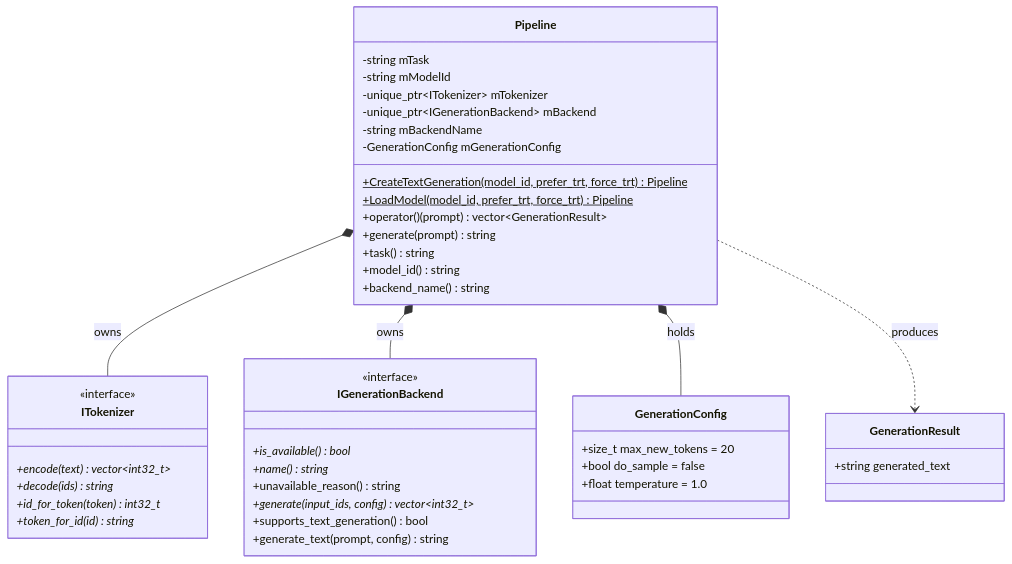
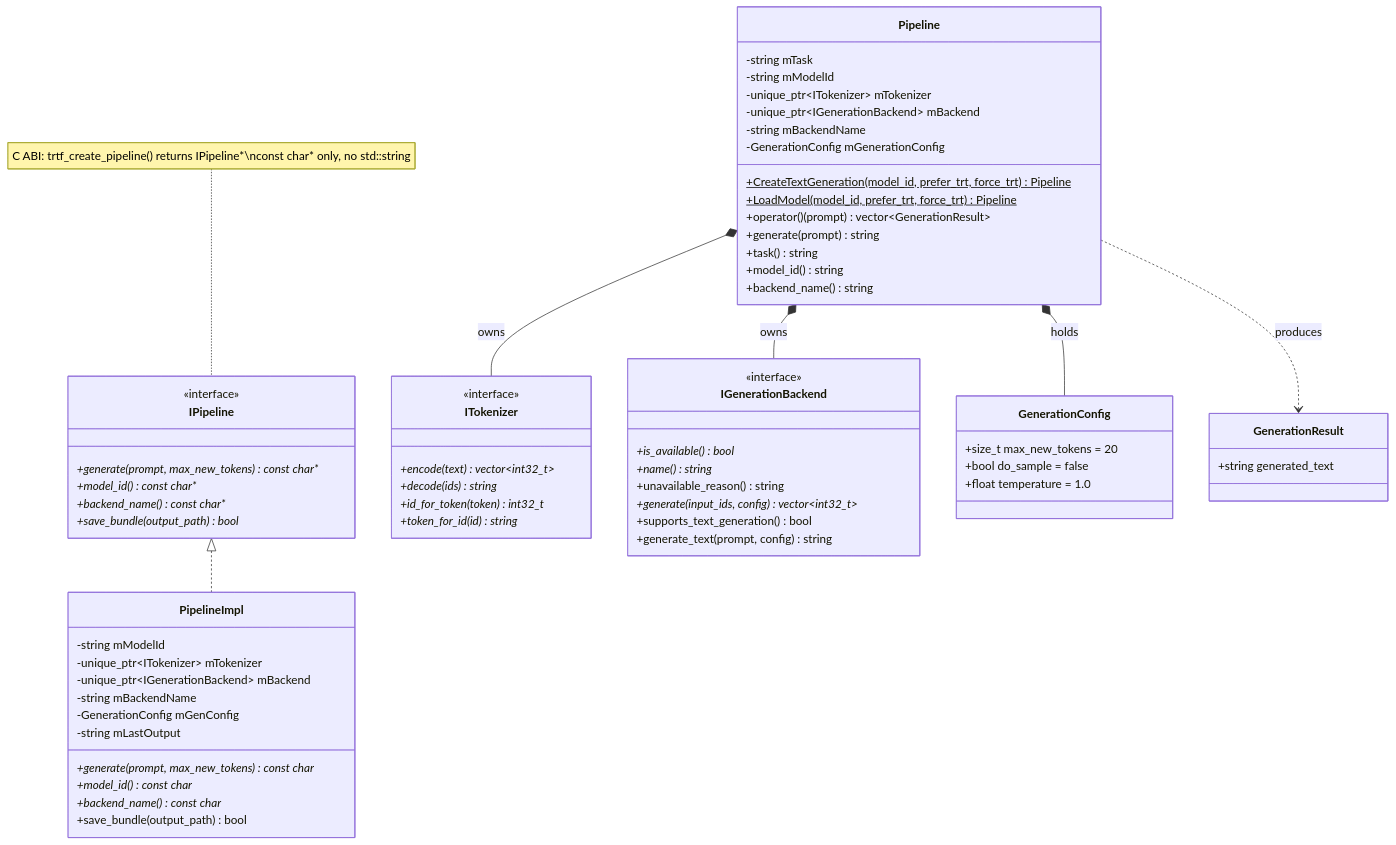
One commit to AbishekCoder1/TensorRT-Model-Connect changed the first of 8 diagrams in docs/wiki/Static-Design.md. Above: the diagram before and after it, drawn with Mermaid. The commit also changed other lines of this file and 48 other files, not shown here.

````diff
--- a/docs/wiki/Static-Design.md
+++ b/docs/wiki/Static-Design.md
@@ -23,51 +23,76 @@
 ```mermaid
 classDiagram
+    class IPipeline {
+        <<interface>>
+        +generate(prompt, max_new_tokens)* const char*
+        +model_id()* const char*
+        +backend_name()* const char*
+        +save_bundle(output_path)* bool
+    }
+
+    class PipelineImpl {
+        -string mModelId
+        -unique_ptr~ITokenizer~ mTokenizer
+        -unique_ptr~IGenerationBackend~ mBackend
+        -string mBackendName
+        -GenerationConfig mGenConfig
+        -string mLastOutput
+        +generate(prompt, max_new_tokens) const char*
+        +model_id() const char*
+        +backend_name() const char*
+        +save_bundle(output_path) bool
+    }
+
     class Pipeline {
         -string mTask
         -string mModelId
         -unique_ptr~ITokenizer~ mTokenizer
         -unique_ptr~IGenerationBackend~ mBackend
         -string mBackendName
         -GenerationConfig mGenerationConfig
         +CreateTextGeneration(model_id, prefer_trt, force_trt)$ Pipeline
         +LoadModel(model_id, prefer_trt, force_trt)$ Pipeline
         +operator()(prompt) vector~GenerationResult~
         +generate(prompt) string
         +task() string
         +model_id() string
         +backend_name() string
     }
+
+    IPipeline <|.. PipelineImpl
+
+    note for IPipeline "C ABI: trtf_create_pipeline() returns IPipeline*\nconst char* only, no std::string"
 
     class ITokenizer {
         <<interface>>
         +encode(text)* vector~int32_t~
         +decode(ids)* string
         +id_for_token(token)* int32_t
         +token_for_id(id)* string
     }
 
     class IGenerationBackend {
         <<interface>>
         +is_available()* bool
         +name()* string
         +unavailable_reason() string
         +generate(input_ids, config)* vector~int32_t~
         +supports_text_generation() bool
         +generate_text(prompt, config) string
     }
 
     class GenerationConfig {
         +size_t max_new_tokens = 20
         +bool do_sample = false
         +float temperature = 1.0
     }
 
     class GenerationResult {
         +string generated_text
     }
 
     Pipeline *-- ITokenizer : owns
     Pipeline *-- IGenerationBackend : owns
     Pipeline *-- GenerationConfig : holds
     Pipeline ..> GenerationResult : produces
 ```
````
